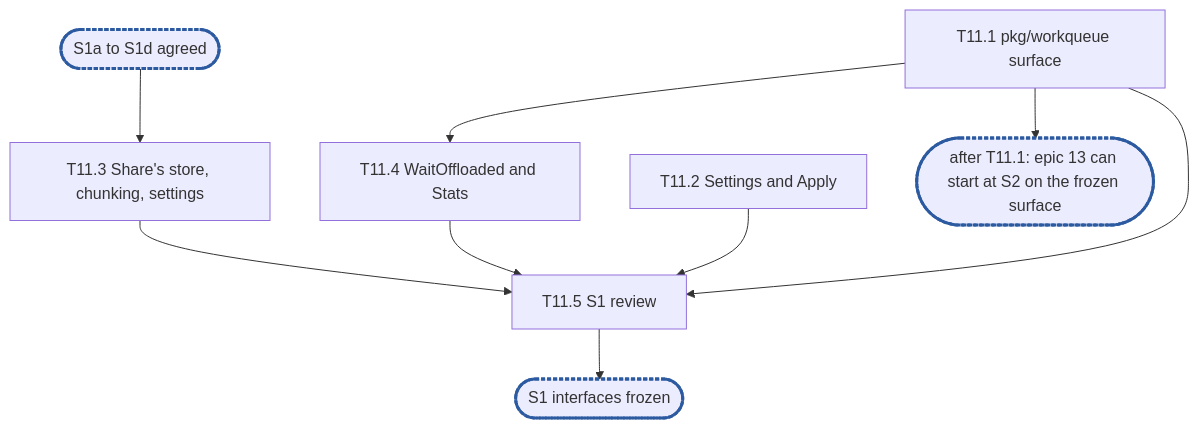
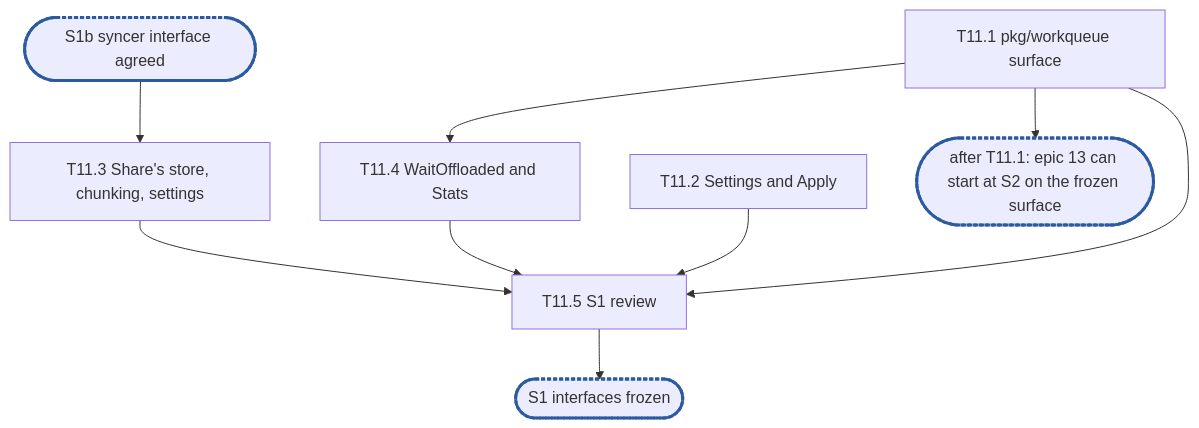
Before and after one commit to cubbit/dittofs: the diagram in .planning/rfc-8-offload-engine-epic11.md, drawn with Mermaid. The commit also changed other lines of this file, not shown here.

Commit message:
docs(planning): epic 11 folds the architect's proposal

````diff
--- a/.planning/rfc-8-offload-engine-epic11.md
+++ b/.planning/rfc-8-offload-engine-epic11.md
@@ -445,10 +461,10 @@
 ```mermaid
 flowchart TD
-  Agreed(["S1a to S1d agreed"]):::sync --> T11_3
+  Agreed(["S1b syncer interface agreed"]):::sync --> T11_3
   T11_1["T11.1 pkg/workqueue surface"] --> T11_4["T11.4 WaitOffloaded and Stats"]
   T11_2["T11.2 Settings and Apply"]
   T11_3["T11.3 Share's store, chunking, settings"]
   T11_1 --> C1(["after T11.1: epic 13 can start at S2 on the frozen surface"]):::sync
   T11_1 & T11_2 & T11_3 & T11_4 --> T11_5["T11.5 S1 review"] --> S1(["S1 interfaces frozen"]):::sync
   classDef sync stroke:#2c5aa0,stroke-width:3px,stroke-dasharray:4 2
 ```
````
